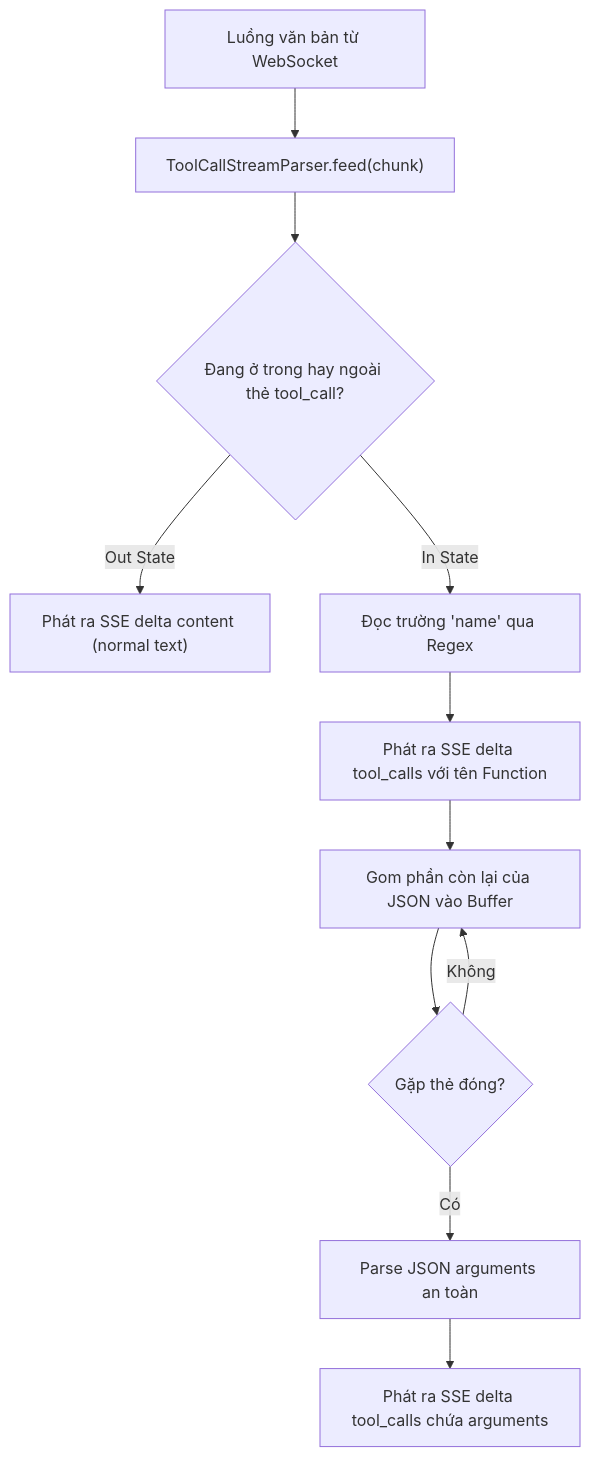
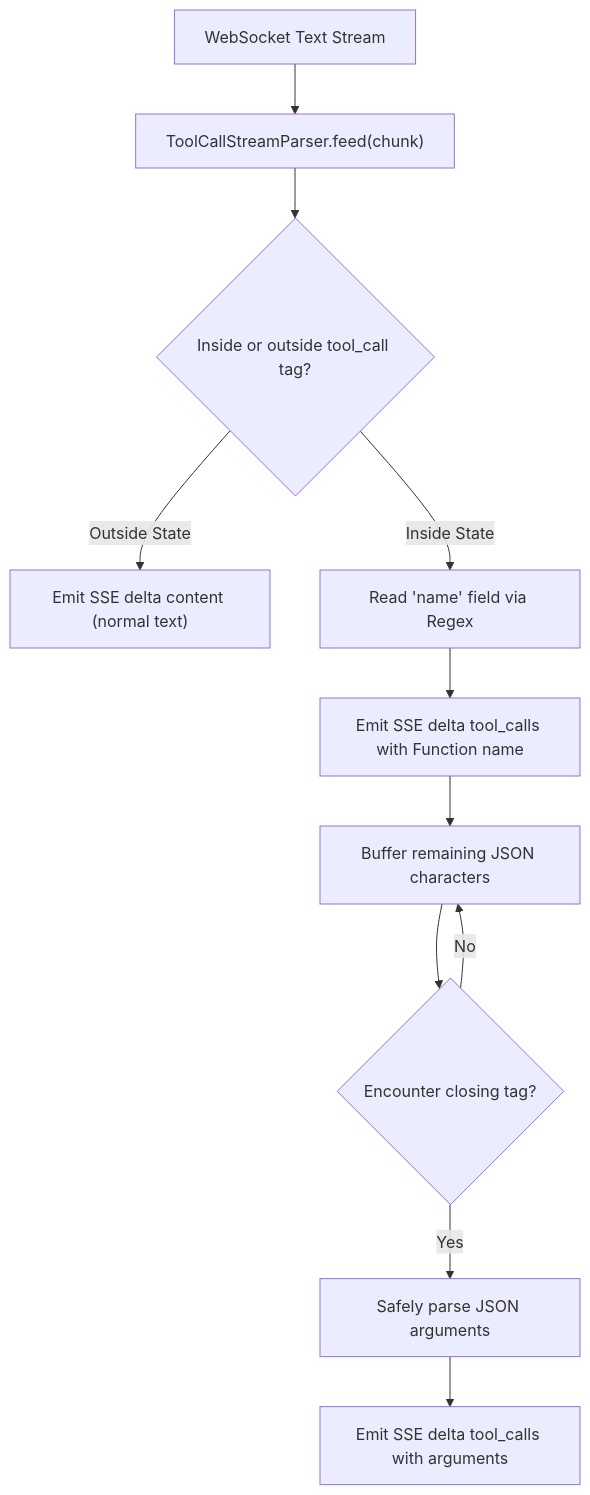
Before and after one commit to lamdt1/ms-copilot365-2api: the seventh of 9 diagrams in docs/SRS.md, drawn with Mermaid. The commit also changed other lines of this file, not shown here.

````diff
--- a/docs/SRS.md
+++ b/docs/SRS.md
@@ -669,16 +669,16 @@
 ```mermaid
 flowchart TD
-    Stream["Luồng văn bản từ WebSocket"] --> Feed["ToolCallStreamParser.feed(chunk)"]
-    Feed --> StateCheck{"Đang ở trong hay ngoài thẻ tool_call?"}
+    Stream["WebSocket Text Stream"] --> Feed["ToolCallStreamParser.feed(chunk)"]
+    Feed --> StateCheck{"Inside or outside tool_call tag?"}
     
-    StateCheck -- "Out State" --> EmitContent["Phát ra SSE delta content (normal text)"]
-    StateCheck -- "In State" --> ReadName["Đọc trường 'name' qua Regex"]
+    StateCheck -- "Outside State" --> EmitContent["Emit SSE delta content (normal text)"]
+    StateCheck -- "Inside State" --> ReadName["Read 'name' field via Regex"]
     
-    ReadName --> EmitName["Phát ra SSE delta tool_calls với tên Function"]
-    EmitName --> BufferArgs["Gom phần còn lại của JSON vào Buffer"]
+    ReadName --> EmitName["Emit SSE delta tool_calls with Function name"]
+    EmitName --> BufferArgs["Buffer remaining JSON characters"]
     
-    BufferArgs --> CloseTag{"Gặp thẻ đóng?"}
-    CloseTag -- Có --> ParseJSON["Parse JSON arguments an toàn"]
-    ParseJSON --> EmitArgs["Phát ra SSE delta tool_calls chứa arguments"]
-    CloseTag -- Không --> BufferArgs
+    BufferArgs --> CloseTag{"Encounter closing tag?"}
+    CloseTag -- Yes --> ParseJSON["Safely parse JSON arguments"]
+    ParseJSON --> EmitArgs["Emit SSE delta tool_calls with arguments"]
+    CloseTag -- No --> BufferArgs
 ```
````
